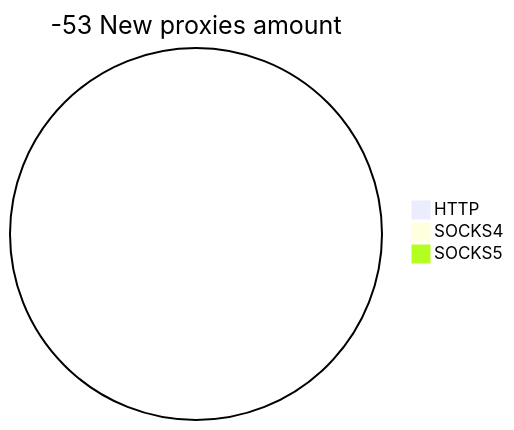
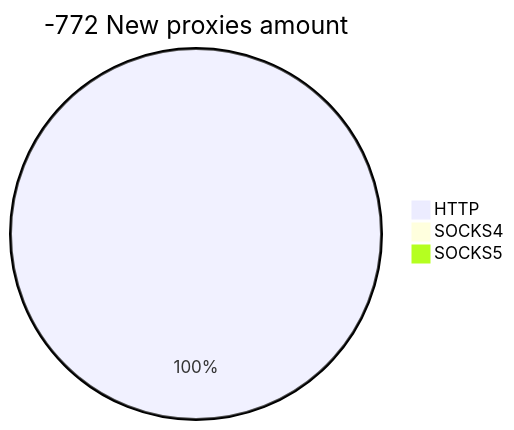
One commit to cutipu/proxylist changed the second of 2 diagrams in README.md. Above: the diagram before and after it, drawn with Mermaid. The commit also changed other lines of this file, not shown here.

````diff
--- a/README.md
+++ b/README.md
@@ -10,6 +10,6 @@
 ```mermaid
-pie title -53 New proxies amount
-    "HTTP" : 0
+pie title -772 New proxies amount
+    "HTTP" : 24
     "SOCKS4" : 0
     "SOCKS5" : 0
 ```
````
